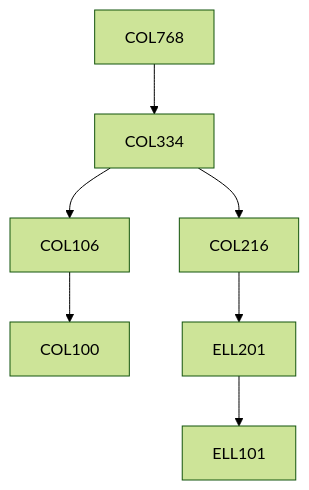
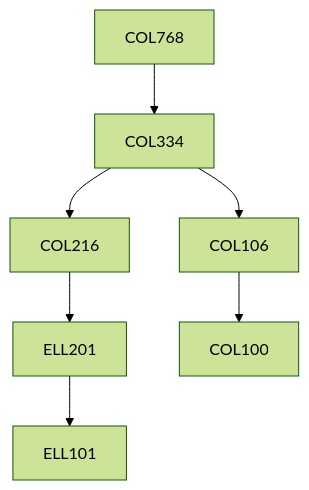
Before and after one commit to KeshavBansal0122/CoS_Website: the diagram in content/Computer Science and Engineering/COL768.md, drawn with Mermaid (forest theme). The commit also changed other lines of this file and 2667 other files, not shown here.

````diff
--- a/content/Computer Science and Engineering/COL768.md
+++ b/content/Computer Science and Engineering/COL768.md
@@ -15,9 +13,13 @@
 ```mermaid
-graph TD
-COL768 --> COL334
-COL334 --> COL106
-COL106 --> COL100
-COL334 --> COL216
-COL216 --> ELL201
-ELL201 --> ELL101
+flowchart TD
+COL768-222[COL768]
+ELL201-222 --> ELL101-222[ELL101]
+COL334-222 --> COL106-222[COL106]
+COL334-222 --> COL216-222[COL216]
+COL216-222 --> ELL201-222[ELL201]
+COL768-222 --> COL334-222[COL334]
+COL106-222 --> COL100-222[COL100]
+
+classDef empty height:17px, fill:transparent, stroke:transparent;
+classDef trueEmpty height:0px, width:0px;
 ```
````
